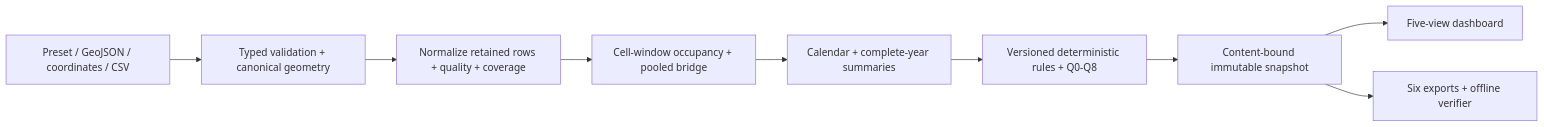
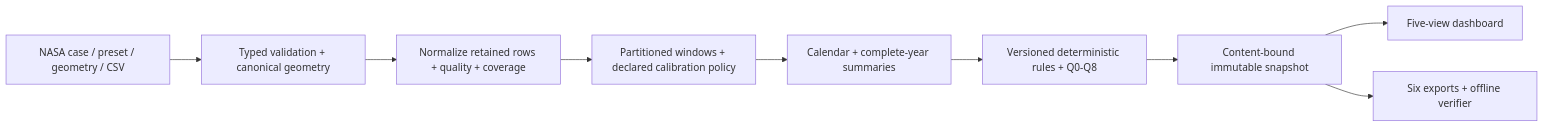
The diagram in docs/ARCHITECTURE.md (Gold2k2k2k/NaSa-Space-Apps), drawn with Mermaid before and after one commit. The commit also changed other lines of this file and 38 other files, not shown here.

````diff
--- a/docs/ARCHITECTURE.md
+++ b/docs/ARCHITECTURE.md
@@ -7,11 +7,11 @@
 ```mermaid
 flowchart LR
-  I[Preset / GeoJSON / coordinates / CSV] --> V[Typed validation + canonical geometry]
+  I[NASA case / preset / geometry / CSV] --> V[Typed validation + canonical geometry]
   V --> N[Normalize retained rows + quality + coverage]
-  N --> H[Cell-window occupancy + pooled bridge]
+  N --> H[Partitioned windows + declared calibration policy]
   H --> C[Calendar + complete-year summaries]
   C --> R[Versioned deterministic rules + Q0-Q8]
   R --> S[Content-bound immutable snapshot]
   S --> U[Five-view dashboard]
   S --> E[Six exports + offline verifier]
 ```
````
